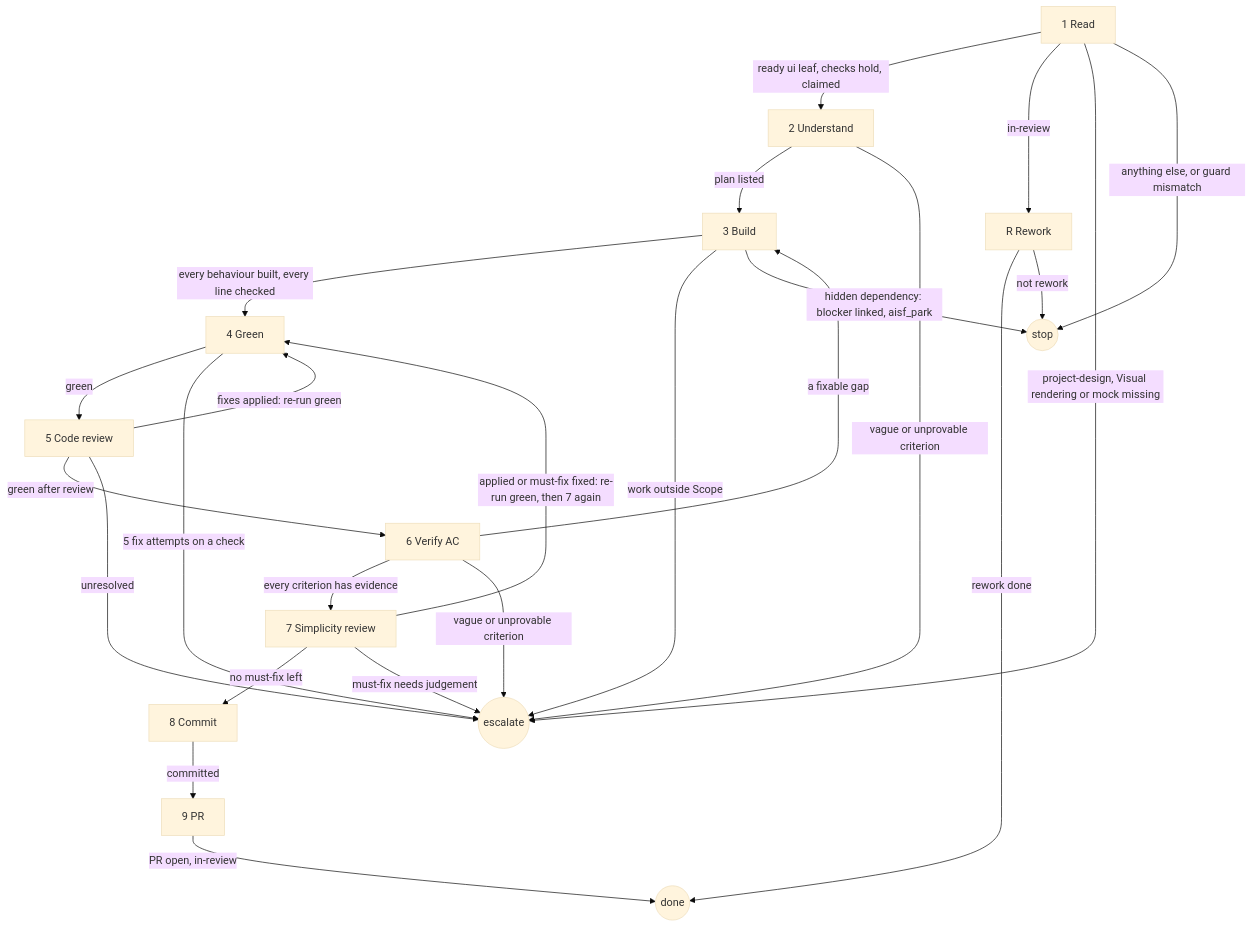
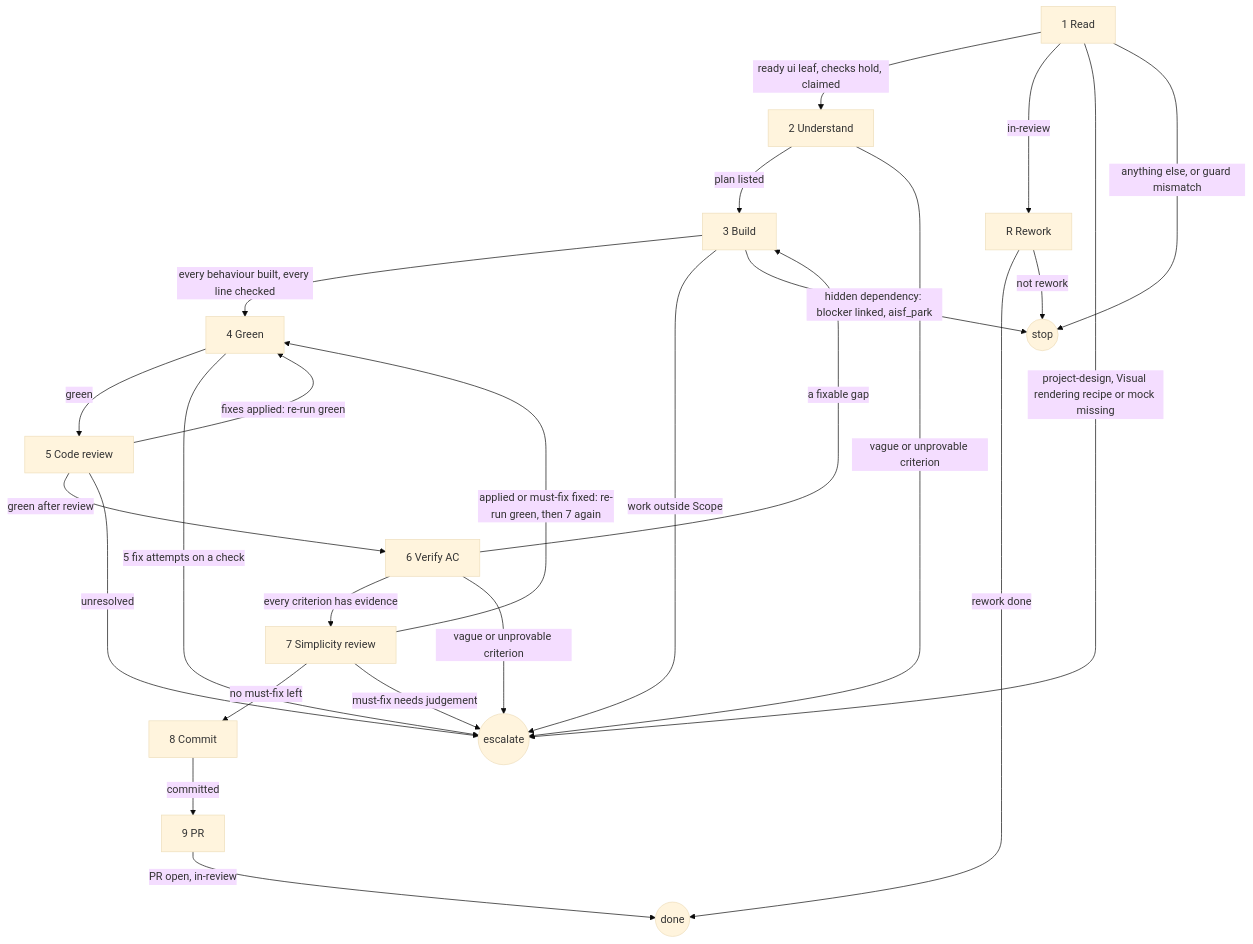
The diagram in packages/plugin/commands/ui-implement-ticket/SKILL.md (MoritzKopmann/AISoftwareFactory), drawn with Mermaid (base theme) before and after one commit. The commit also changed other lines of this file, not shown here.

First line of the commit message:
docs(plugin): find Visual rendering recipe at any heading level

````diff
--- a/packages/plugin/commands/ui-implement-ticket/SKILL.md
+++ b/packages/plugin/commands/ui-implement-ticket/SKILL.md
@@ -30,27 +30,27 @@
 ```mermaid
 flowchart TD
   1[1 Read] -->|ready ui leaf, checks hold, claimed| 2[2 Understand]
   1 -->|in-review| R[R Rework]
-  1 -->|project-design, Visual rendering or mock missing| E((escalate))
+  1 -->|project-design, Visual rendering recipe or mock missing| E((escalate))
   1 -->|anything else, or guard mismatch| S((stop))
   2 -->|plan listed| 3[3 Build]
   2 -->|vague or unprovable criterion| E
   3 -->|every behaviour built, every line checked| 4[4 Green]
   3 -->|work outside Scope| E
   3 -->|hidden dependency: blocker linked, aisf_park| S
   4 -->|green| 5[5 Code review]
   4 -->|5 fix attempts on a check| E
   5 -->|fixes applied: re-run green| 4
   5 -->|green after review| 6[6 Verify AC]
   5 -->|unresolved| E
   6 -->|every criterion has evidence| 7[7 Simplicity review]
   6 -->|a fixable gap| 3
   6 -->|vague or unprovable criterion| E
   7 -->|applied or must-fix fixed: re-run green, then 7 again| 4
   7 -->|no must-fix left| 8[8 Commit]
   7 -->|must-fix needs judgement| E
   8 -->|committed| 9[9 PR]
   9 -->|PR open, in-review| D((done))
   R -->|rework done| D
   R -->|not rework| S
 ```
````
